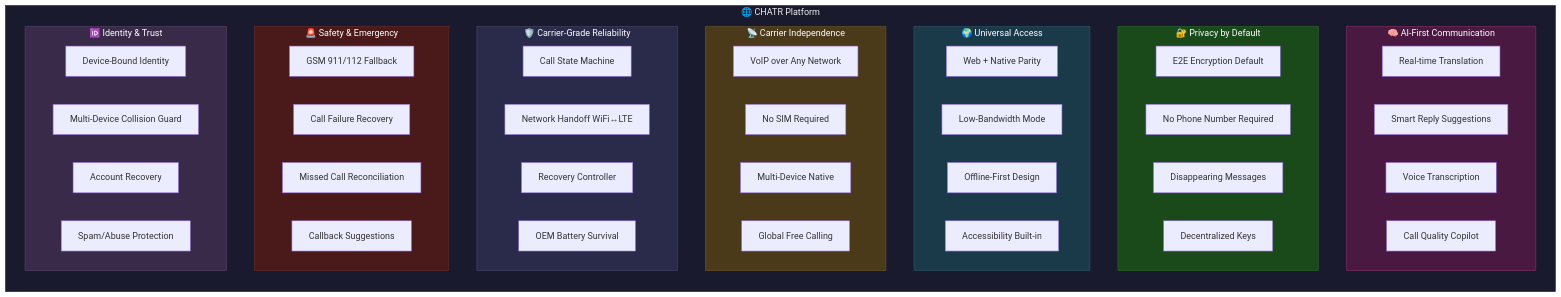
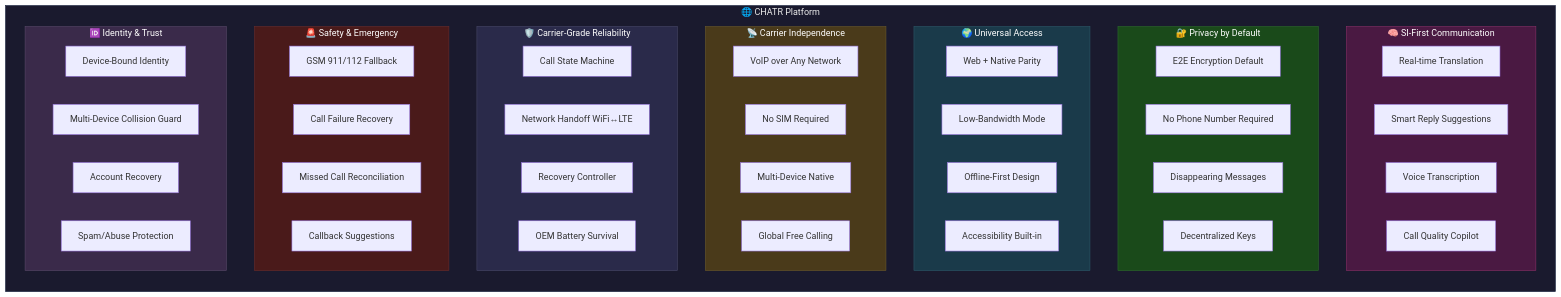
Before and after one commit to chatr4661-cell/chatr: the diagram in docs/CHATR_PLATFORM_VISION.md, drawn with Mermaid. The commit also changed other lines of this file and 38 other files, not shown here.

Commit message:
feat(auth-flow): complete end-to-end user login, route protection and public header navigation

````diff
--- a/docs/CHATR_PLATFORM_VISION.md
+++ b/docs/CHATR_PLATFORM_VISION.md
@@ -7,64 +7,64 @@
 ```mermaid
 graph TB
     subgraph CHATR["🌐 CHATR Platform"]
         direction TB
         
-        subgraph AI["🧠 AI-First Communication"]
+        subgraph AI["🧠 SI-First Communication"]
             AI1[Real-time Translation]
             AI2[Smart Reply Suggestions]
             AI3[Voice Transcription]
             AI4[Call Quality Copilot]
         end
         
         subgraph Privacy["🔐 Privacy by Default"]
             P1[E2E Encryption Default]
             P2[No Phone Number Required]
             P3[Disappearing Messages]
             P4[Decentralized Keys]
         end
         
         subgraph Access["🌍 Universal Access"]
             A1[Web + Native Parity]
             A2[Low-Bandwidth Mode]
             A3[Offline-First Design]
             A4[Accessibility Built-in]
         end
         
         subgraph Carrier["📡 Carrier Independence"]
             C1[VoIP over Any Network]
             C2[No SIM Required]
             C3[Multi-Device Native]
             C4[Global Free Calling]
         end
         
         subgraph Reliability["🛡️ Carrier-Grade Reliability"]
             R1[Call State Machine]
             R2[Network Handoff WiFi↔LTE]
             R3[Recovery Controller]
             R4[OEM Battery Survival]
         end
         
         subgraph Emergency["🚨 Safety & Emergency"]
             E1[GSM 911/112 Fallback]
             E2[Call Failure Recovery]
             E3[Missed Call Reconciliation]
             E4[Callback Suggestions]
         end
         
         subgraph Identity["🆔 Identity & Trust"]
             I1[Device-Bound Identity]
             I2[Multi-Device Collision Guard]
             I3[Account Recovery]
             I4[Spam/Abuse Protection]
         end
     end
     
     style CHATR fill:#1a1a2e,stroke:#16213e,color:#eee
     style AI fill:#4a1942,stroke:#893168,color:#fff
     style Privacy fill:#1a4a1a,stroke:#2d6a2d,color:#fff
     style Access fill:#1a3a4a,stroke:#2d5a6a,color:#fff
     style Carrier fill:#4a3a1a,stroke:#6a5a2d,color:#fff
     style Reliability fill:#2a2a4a,stroke:#4a4a6a,color:#fff
     style Emergency fill:#4a1a1a,stroke:#6a2d2d,color:#fff
     style Identity fill:#3a2a4a,stroke:#5a4a6a,color:#fff
 ```
````
